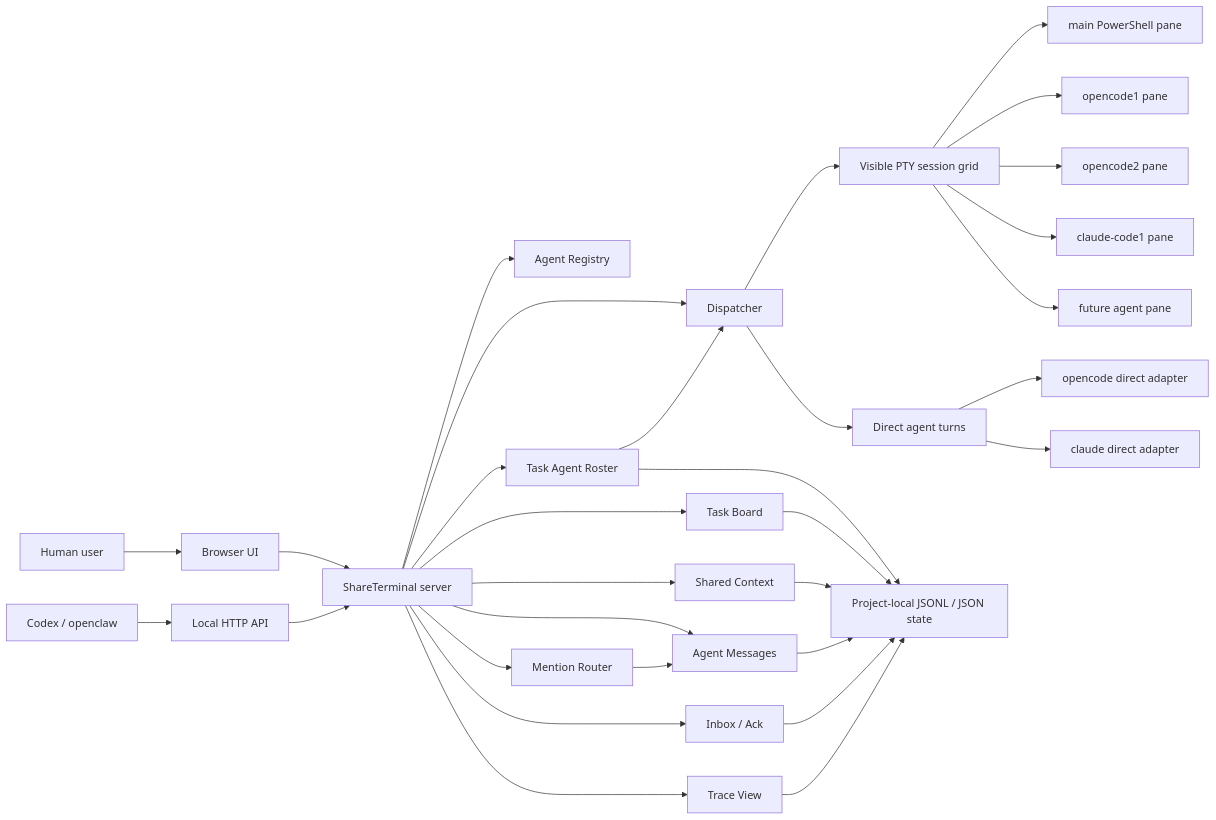
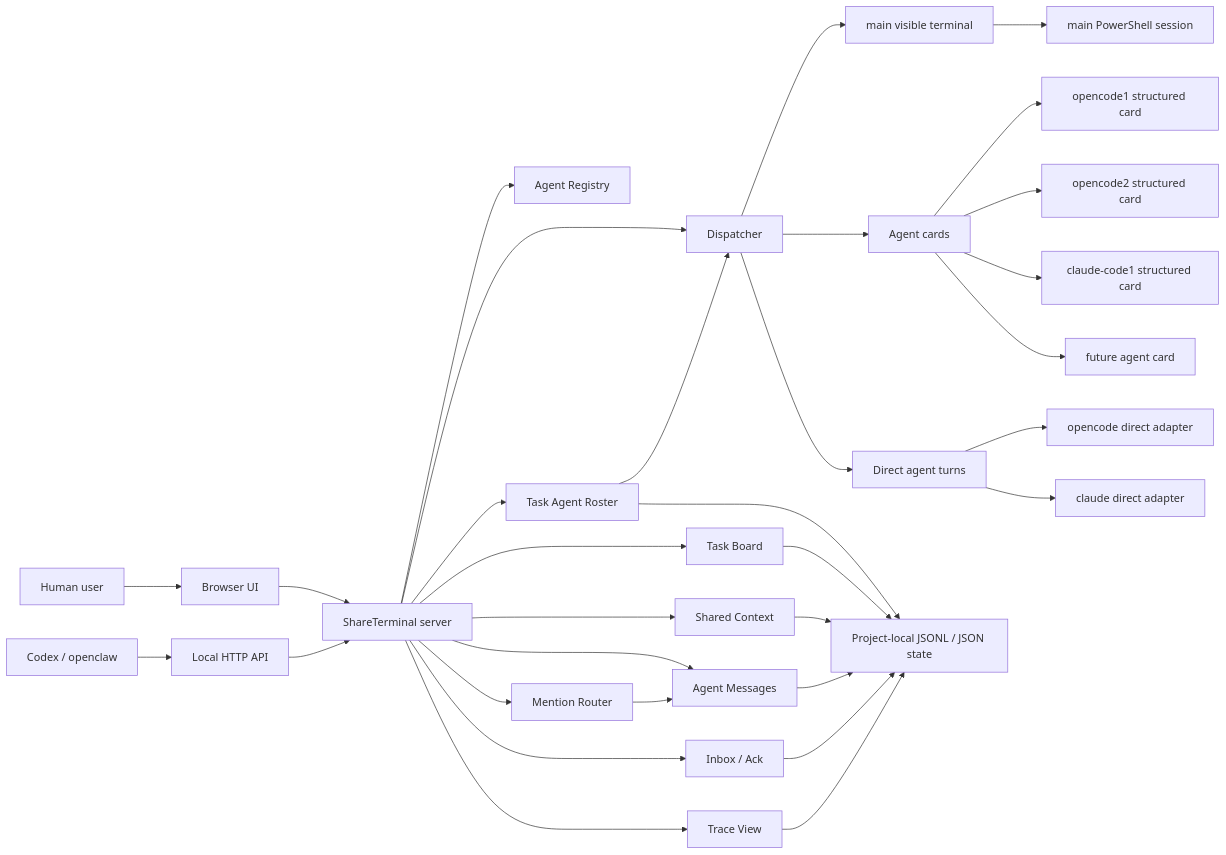
Before and after one commit to Drew593990/codex-shared-Terminal: the diagram in docs/phase2/agent-team-plan.md, drawn with Mermaid. The commit also changed other lines of this file and 2 other files, not shown here.

````diff
--- a/docs/phase2/agent-team-plan.md
+++ b/docs/phase2/agent-team-plan.md
@@ -142,39 +144,40 @@
 ```mermaid
 flowchart LR
   User["Human user"] --> UI["Browser UI"]
   Codex["Codex / openclaw"] --> API["Local HTTP API"]
 
   UI --> Server["ShareTerminal server"]
   API --> Server
 
   Server --> Registry["Agent Registry"]
   Server --> Roster["Task Agent Roster"]
   Server --> Board["Task Board"]
   Server --> Mentions["Mention Router"]
   Server --> Dispatcher["Dispatcher"]
   Server --> Context["Shared Context"]
   Server --> Messages["Agent Messages"]
   Server --> Inbox["Inbox / Ack"]
   Server --> Trace["Trace View"]
 
   Roster --> Dispatcher
   Mentions --> Messages
-  Dispatcher --> Sessions["Visible PTY session grid"]
+  Dispatcher --> MainTerminal["main visible terminal"]
+  Dispatcher --> Cards["Agent cards"]
   Dispatcher --> Direct["Direct agent turns"]
 
-  Sessions --> PowerShell["main PowerShell pane"]
-  Sessions --> OpenCode1["opencode1 pane"]
-  Sessions --> OpenCode2["opencode2 pane"]
-  Sessions --> Claude1["claude-code1 pane"]
-  Sessions --> AgentN["future agent pane"]
+  MainTerminal --> PowerShell["main PowerShell session"]
+  Cards --> OpenCode1["opencode1 structured card"]
+  Cards --> OpenCode2["opencode2 structured card"]
+  Cards --> Claude1["claude-code1 structured card"]
+  Cards --> AgentN["future agent card"]
 
   Direct --> OpenCodeRun["opencode direct adapter"]
   Direct --> ClaudeRun["claude direct adapter"]
 
   Roster --> Disk["Project-local JSONL / JSON state"]
   Board --> Disk["Project-local JSONL / JSON state"]
   Context --> Disk
   Messages --> Disk
   Inbox --> Disk
   Trace --> Disk
 ```
````
